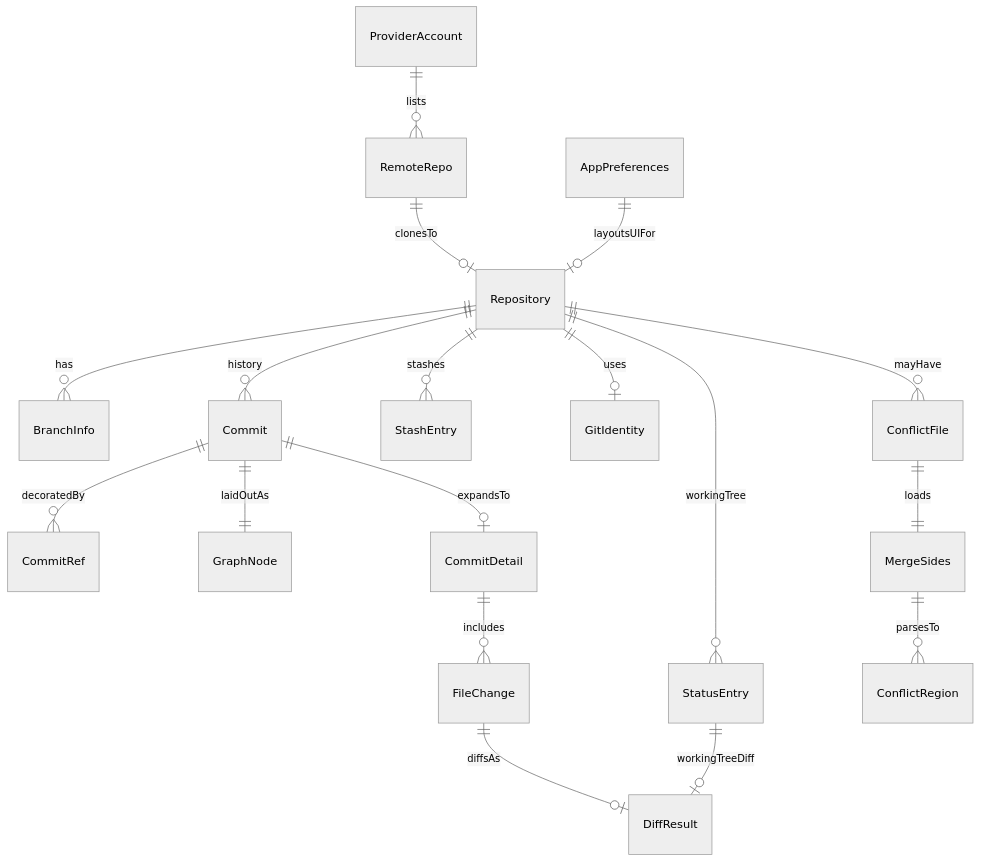
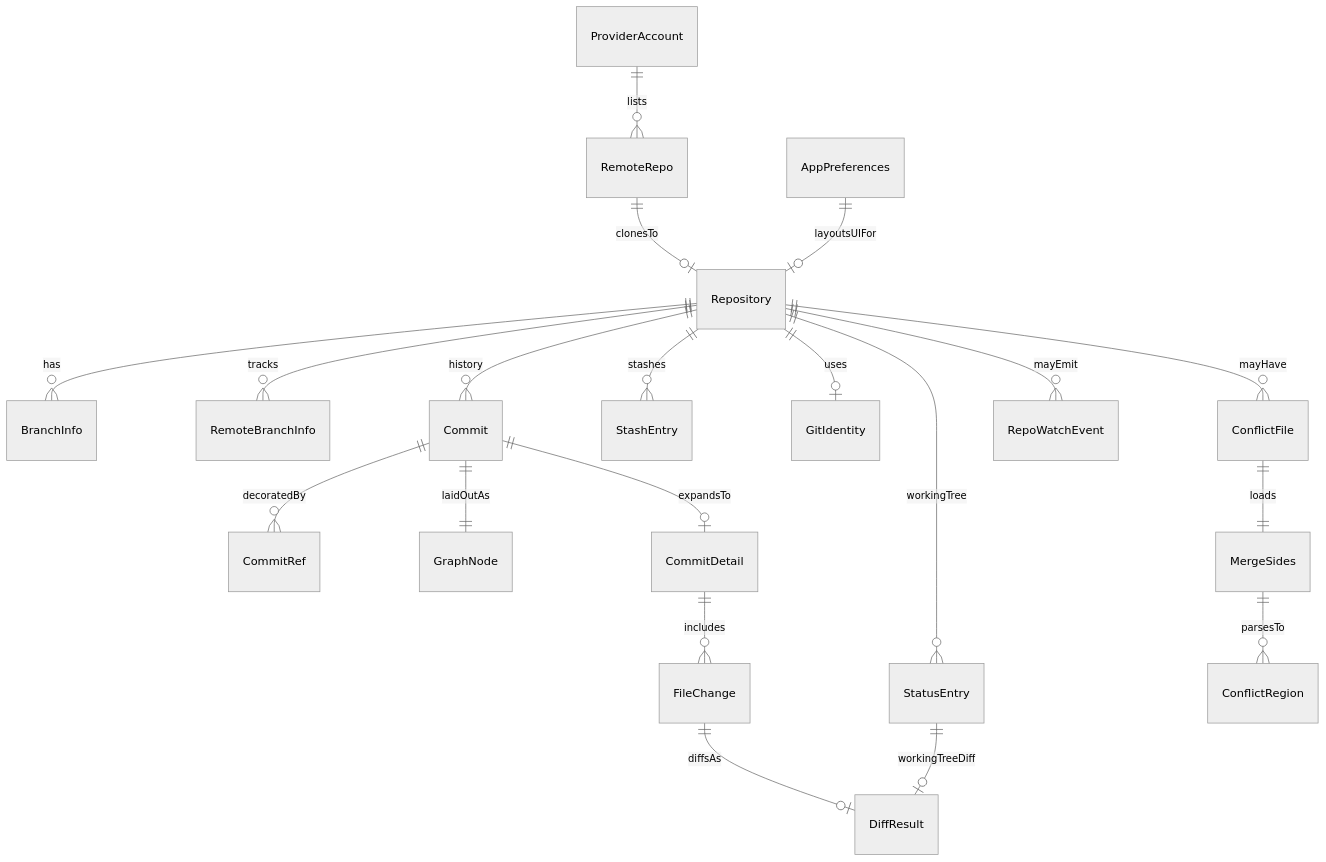
One commit to Maks417/GitManager changed the diagram in docs/domain-model.md. Above: the diagram before and after it, drawn with Mermaid (neutral theme). The commit also changed other lines of this file and 19 other files, not shown here.

````diff
--- a/docs/domain-model.md
+++ b/docs/domain-model.md
@@ -31,20 +35,22 @@
 ```mermaid
 erDiagram
   Repository ||--o{ BranchInfo : has
+  Repository ||--o{ RemoteBranchInfo : tracks
   Repository ||--o{ Commit : history
   Repository ||--o{ StatusEntry : workingTree
   Repository ||--o{ StashEntry : stashes
   Repository ||--o| GitIdentity : uses
   Commit ||--o{ CommitRef : decoratedBy
   Commit ||--|| GraphNode : laidOutAs
   Commit ||--o| CommitDetail : expandsTo
   CommitDetail ||--o{ FileChange : includes
   FileChange ||--o| DiffResult : diffsAs
   StatusEntry ||--o| DiffResult : workingTreeDiff
   Repository ||--o{ ConflictFile : mayHave
   ConflictFile ||--|| MergeSides : loads
   MergeSides ||--o{ ConflictRegion : parsesTo
   ProviderAccount ||--o{ RemoteRepo : lists
   RemoteRepo ||--o| Repository : clonesTo
   AppPreferences ||--o| Repository : layoutsUIFor
+  Repository ||--o{ RepoWatchEvent : mayEmit
 ```
````
